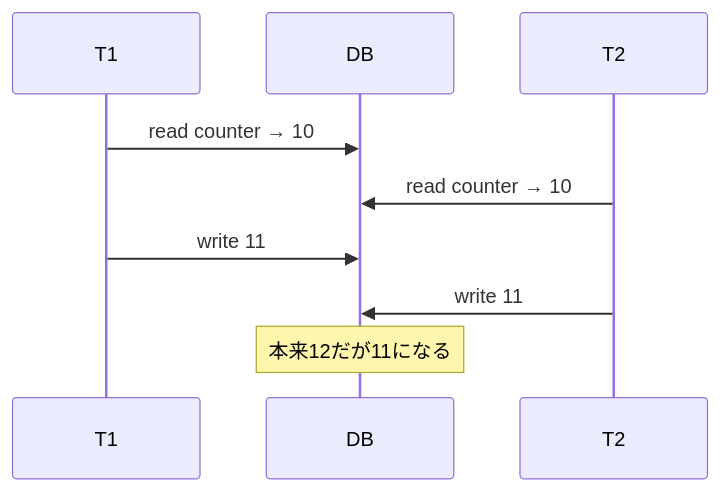
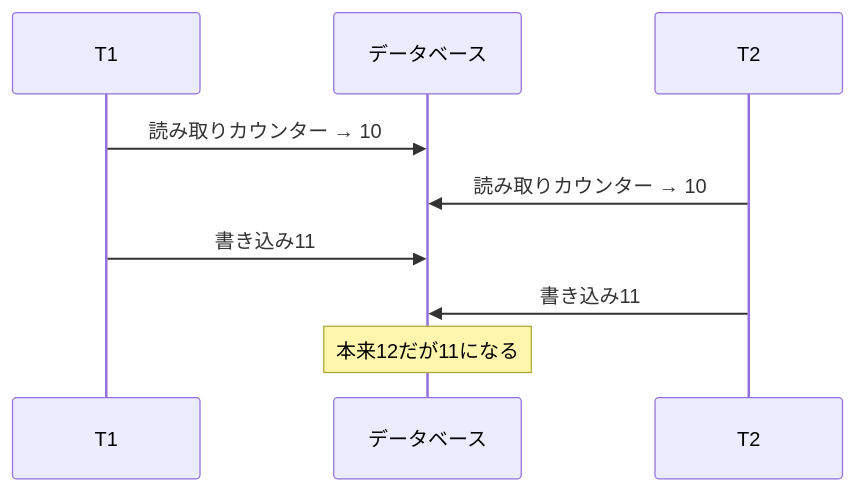
One commit to hirunebot/database-systems-book changed the fourth of 4 diagrams in src/content/docs/04-transactions/10-acid-isolation.md. Above: the diagram before and after it, drawn with Mermaid. The commit also changed other lines of this file and 42 other files, not shown here.

````diff
--- a/src/content/docs/04-transactions/10-acid-isolation.md
+++ b/src/content/docs/04-transactions/10-acid-isolation.md
@@ -210,11 +210,11 @@
 ```mermaid
 sequenceDiagram
     participant T1
-    participant DB
+    participant DB as データベース
     participant T2
-    T1->>DB: read counter → 10
-    T2->>DB: read counter → 10
-    T1->>DB: write 11
-    T2->>DB: write 11
+    T1->>DB: 読み取りカウンター → 10
+    T2->>DB: 読み取りカウンター → 10
+    T1->>DB: 書き込み11
+    T2->>DB: 書き込み11
     Note over DB: 本来12だが11になる
 ```
````
